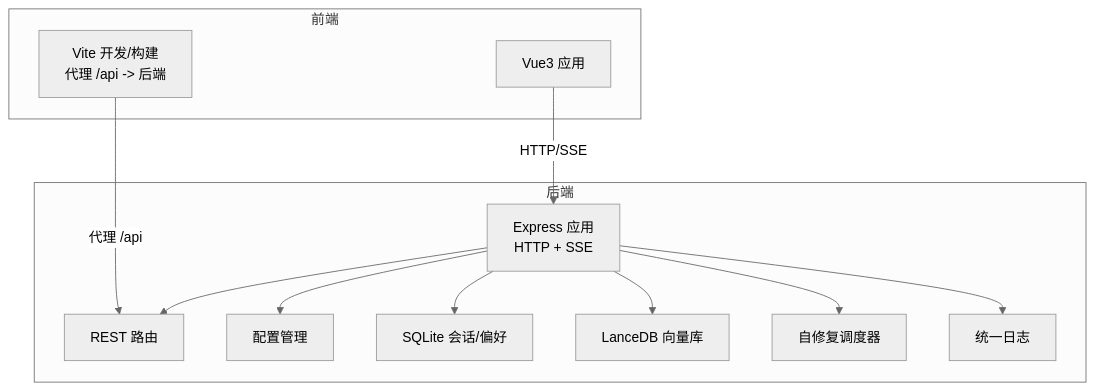
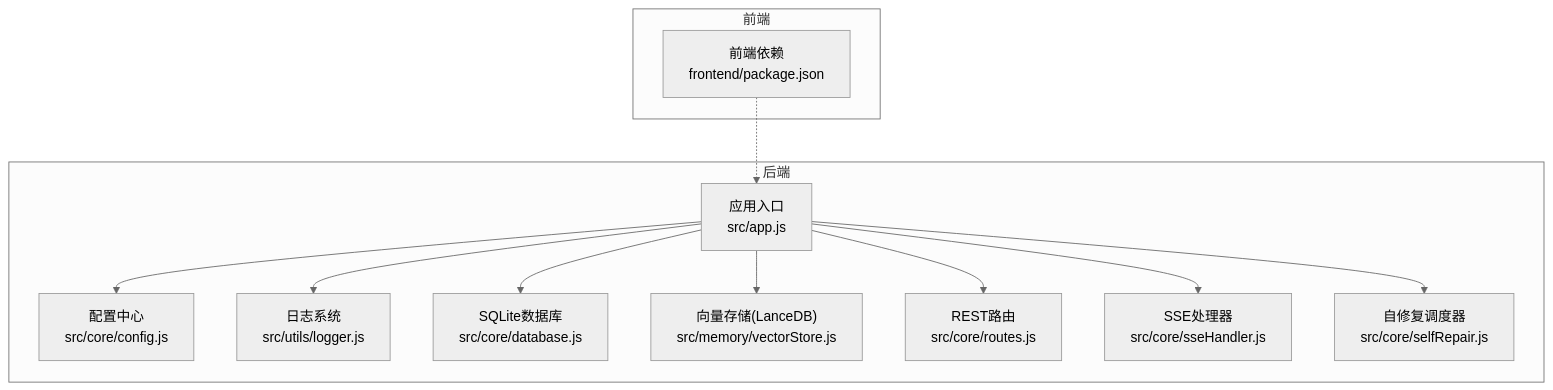
The first of 3 diagrams in NL2SQL/.qoder/repowiki/zh/content/部署与运维/部署与运维.md (HanHuiOnLine/724-office), drawn with Mermaid (neutral theme) before and after one commit. The commit also changed other lines of this file and 207 other files, not shown here.

````diff
--- a/NL2SQL/.qoder/repowiki/zh/content/部署与运维/部署与运维.md
+++ b/NL2SQL/.qoder/repowiki/zh/content/部署与运维/部署与运维.md
@@ -43,24 +41,24 @@
 ```mermaid
 graph TB
+subgraph "后端"
+APP["应用入口<br/>src/app.js"]
+CFG["配置中心<br/>src/core/config.js"]
+LOG["日志系统<br/>src/utils/logger.js"]
+DB["SQLite数据库<br/>src/core/database.js"]
+VS["向量存储(LanceDB)<br/>src/memory/vectorStore.js"]
+ROUTES["REST路由<br/>src/core/routes.js"]
+SSE["SSE处理器<br/>src/core/sseHandler.js"]
+SELF["自修复调度器<br/>src/core/selfRepair.js"]
+end
 subgraph "前端"
-FE_Vite["Vite 开发/构建<br/>代理 /api -> 后端"]
-FE_App["Vue3 应用"]
+FE_PKG["前端依赖<br/>frontend/package.json"]
 end
-subgraph "后端"
-BE_App["Express 应用<br/>HTTP + SSE"]
-BE_Routes["REST 路由"]
-BE_Config["配置管理"]
-BE_DB["SQLite 会话/偏好"]
-BE_Vector["LanceDB 向量库"]
-BE_SelfRepair["自修复调度器"]
-BE_Logger["统一日志"]
-end
-FE_Vite --> |"代理 /api"| BE_Routes
-FE_App --> |"HTTP/SSE"| BE_App
-BE_App --> BE_Routes
-BE_App --> BE_Config
-BE_App --> BE_DB
-BE_App --> BE_Vector
-BE_App --> BE_SelfRepair
-BE_App --> BE_Logger
+APP --> CFG
+APP --> LOG
+APP --> DB
+APP --> VS
+APP --> ROUTES
+APP --> SSE
+APP --> SELF
+FE_PKG -.-> APP
 ```
````
